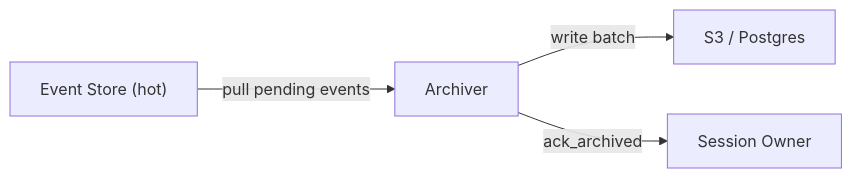
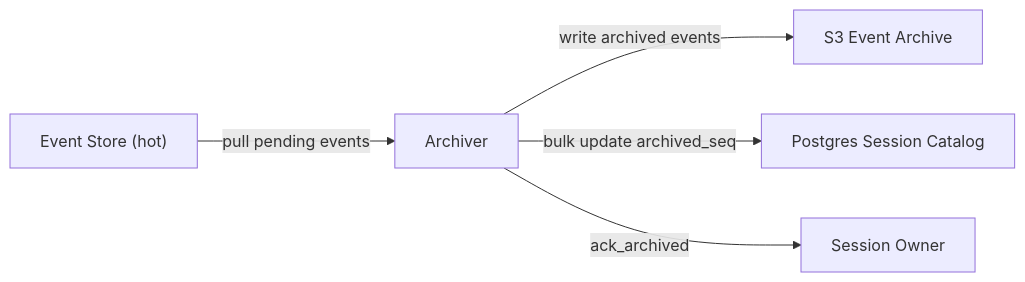
The second of 2 diagrams in docs/architecture.md (fastpaca/starcite), drawn with Mermaid before and after one commit. The commit also changed other lines of this file and 57 other files, not shown here.

````diff
--- a/docs/architecture.md
+++ b/docs/architecture.md
@@ -93,6 +94,7 @@
 ```mermaid
 graph LR
     E["Event Store (hot)"] -- "pull pending events" --> AR["Archiver"]
-    AR -- "write batch" --> S["S3 / Postgres"]
+    AR -- "write archived events" --> S["S3 Event Archive"]
+    AR -- "bulk update archived_seq" --> C["Postgres Session Catalog"]
     AR -- "ack_archived" --> O["Session Owner"]
 ```
````
